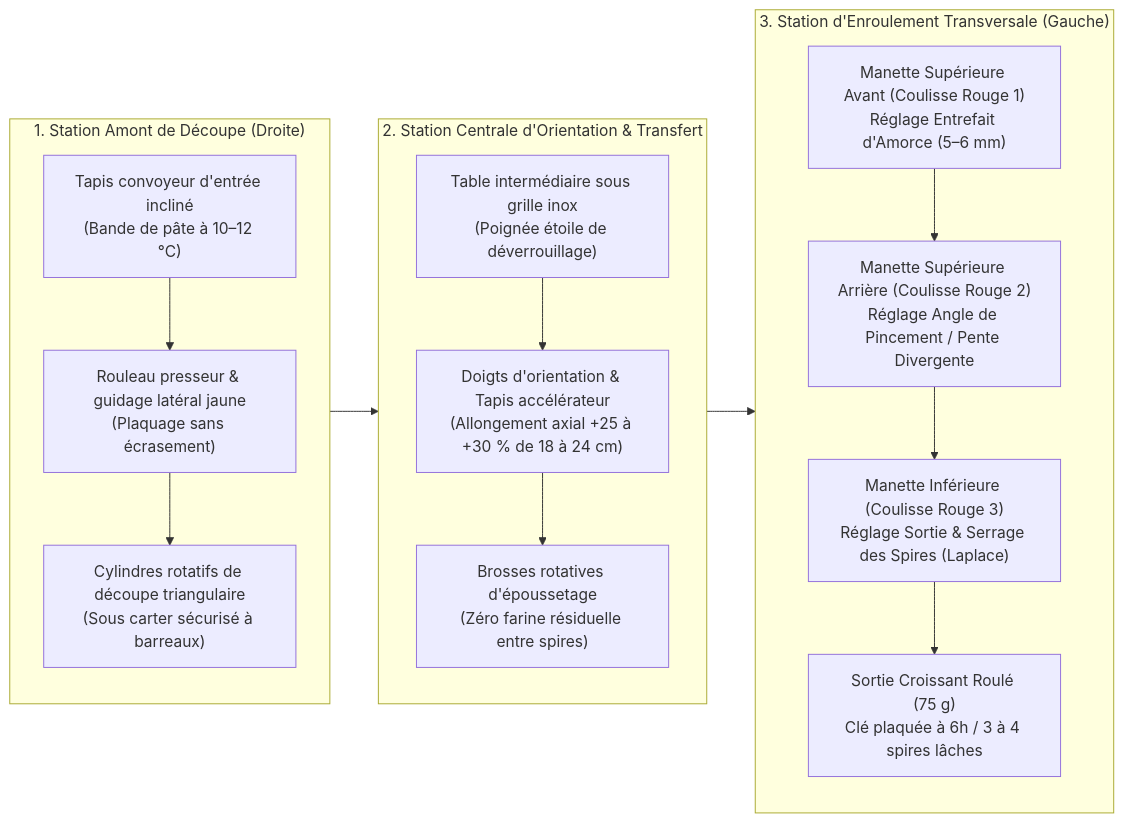
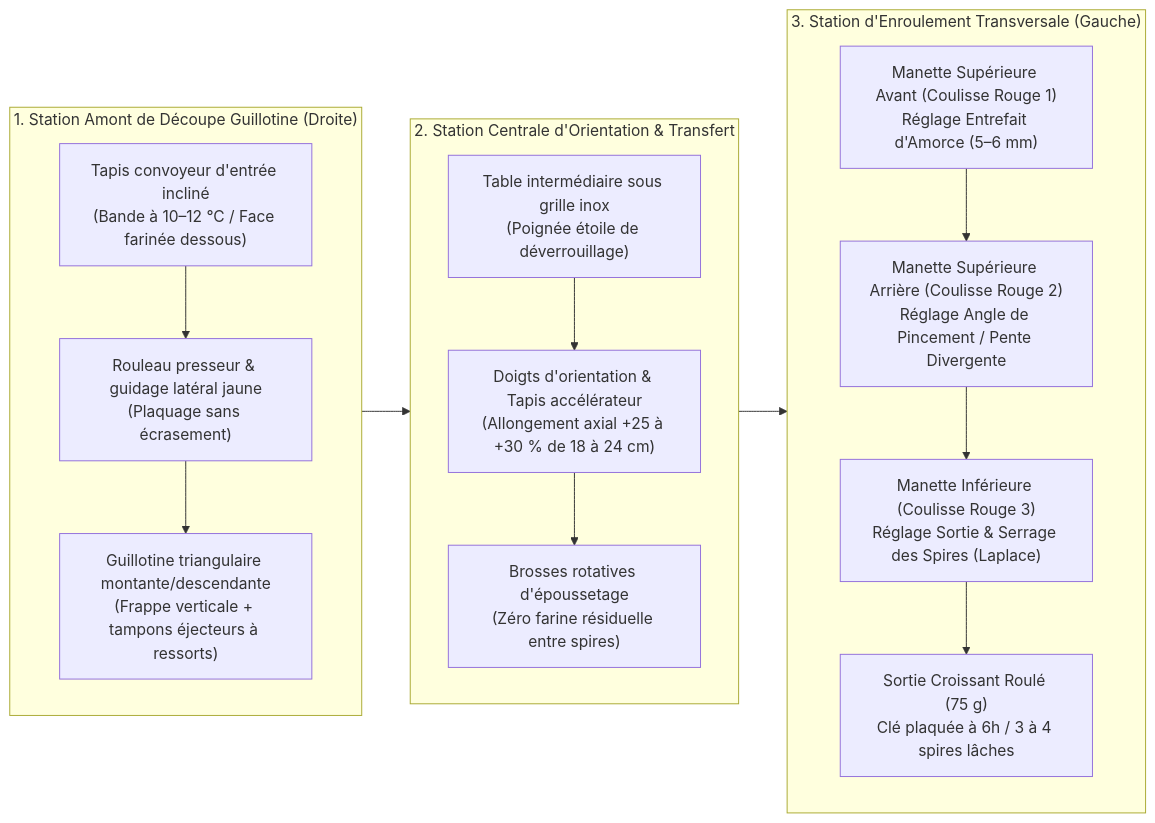
The diagram in skills/maitre-tourrier-boulanger/references/croissomat-scm50-reglages.md (jri561/laboratoire-tourage-boulangerie), drawn with Mermaid before and after one commit. The commit also changed other lines of this file, not shown here.

Commit message:
docs(croissomat): mise à jour pour système de découpe guillotine à poinçon triangulaire vertical montant/descendant

````diff
--- a/skills/maitre-tourrier-boulanger/references/croissomat-scm50-reglages.md
+++ b/skills/maitre-tourrier-boulanger/references/croissomat-scm50-reglages.md
@@ -10,20 +10,20 @@
 ```mermaid
 flowchart LR
-    subgraph A["1. Station Amont de Découpe (Droite)"]
-        A1["Tapis convoyeur d'entrée incliné\n(Bande de pâte à 10–12 °C)"]
+    subgraph A["1. Station Amont de Découpe Guillotine (Droite)"]
+        A1["Tapis convoyeur d'entrée incliné\n(Bande à 10–12 °C / Face farinée dessous)"]
         --> A2["Rouleau presseur & guidage latéral jaune\n(Plaquage sans écrasement)"]
-        --> A3["Cylindres rotatifs de découpe triangulaire\n(Sous carter sécurisé à barreaux)"]
+        --> A3["Guillotine triangulaire montante/descendante\n(Frappe verticale + tampons éjecteurs à ressorts)"]
     end
     subgraph B["2. Station Centrale d'Orientation & Transfert"]
         B1["Table intermédiaire sous grille inox\n(Poignée étoile de déverrouillage)"]
         --> B2["Doigts d'orientation & Tapis accélérateur\n(Allongement axial +25 à +30 % de 18 à 24 cm)"]
         --> B3["Brosses rotatives d'époussetage\n(Zéro farine résiduelle entre spires)"]
     end
     subgraph C["3. Station d'Enroulement Transversale (Gauche)"]
         C1["Manette Supérieure Avant (Coulisse Rouge 1)\nRéglage Entrefait d'Amorce (5–6 mm)"]
         --> C2["Manette Supérieure Arrière (Coulisse Rouge 2)\nRéglage Angle de Pincement / Pente Divergente"]
         --> C3["Manette Inférieure (Coulisse Rouge 3)\nRéglage Sortie & Serrage des Spires (Laplace)"]
         --> C4["Sortie Croissant Roulé (75 g)\nClé plaquée à 6h / 3 à 4 spires lâches"]
     end
     A --> B --> C
 ```
````
